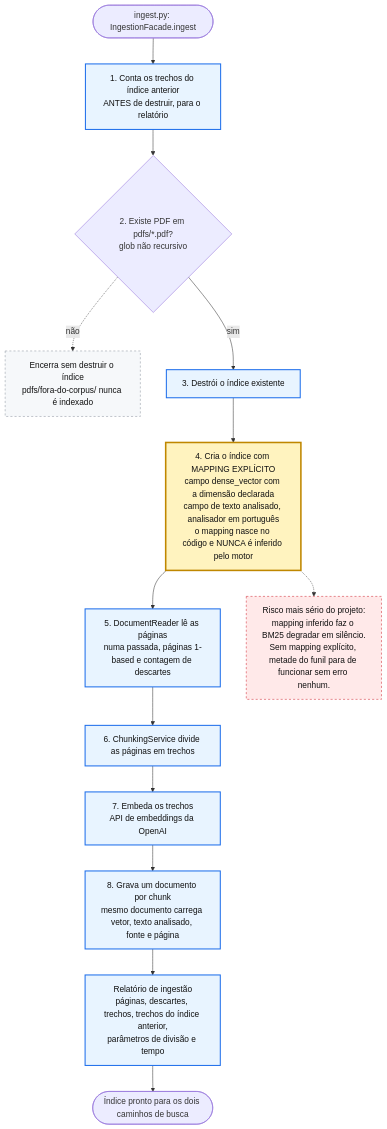
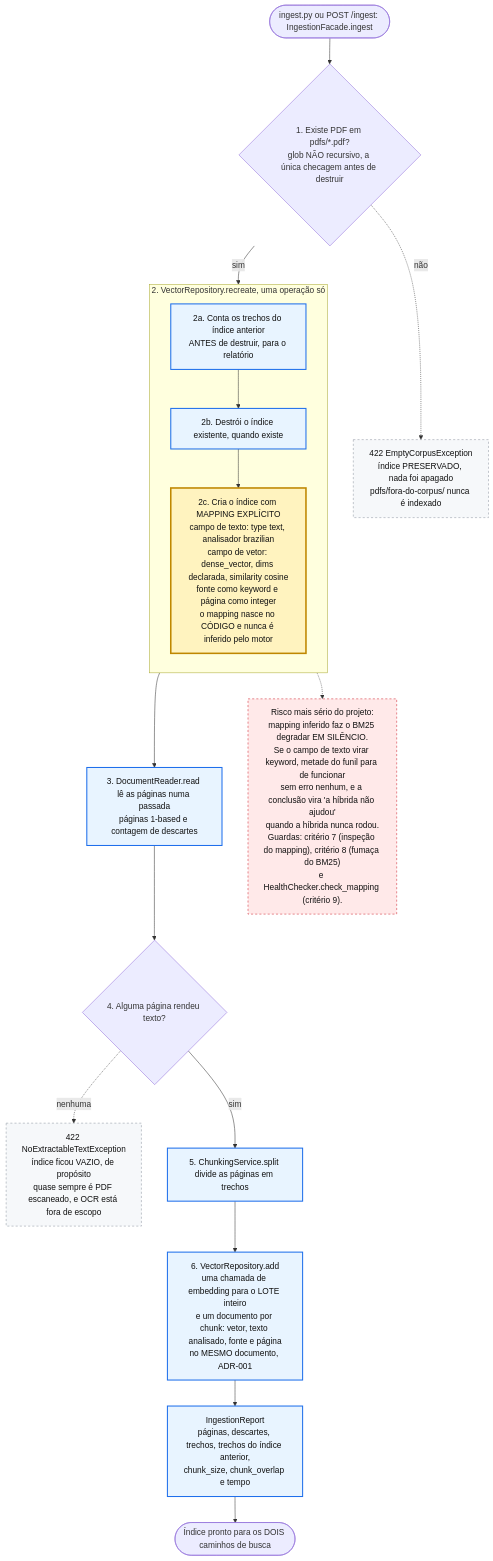
Before and after one commit to Arthur-Diego/projetos-rag: the diagram in rag-03-hybrid-rerank/docs/domains/rag/diagrams/mermaid/ingestao.mmd, drawn with Mermaid. The commit also changed 13 other files, not shown here.

First line of the commit message:
docs(rag-03/diagramas): regenera Mermaid e C4, e corrige um exagero do ADR-007

```diff
--- a/rag-03-hybrid-rerank/docs/domains/rag/diagrams/mermaid/ingestao.mmd
+++ b/rag-03-hybrid-rerank/docs/domains/rag/diagrams/mermaid/ingestao.mmd
@@ -1,46 +1,53 @@
 %% Fluxo de ingestao (FDD secao 4, fluxo de ingestao)
-%% A ordem "conta, checa PDFs, destroi, cria com mapping explicito, le, grava" e fixa e testada:
-%% falha depois da destruicao deixa o indice vazio, cujo sintoma e evidente,
-%% e nunca desatualizado, cujo sintoma nao existe.
+%% Conferido contra rag/facade/ingestion_facade.py e rag/repository/vector_repository.py.
+%% A ordem "checa PDFs, conta o anterior, destroi, cria com mapping explicito, le, divide,
+%% embeda, grava" e fixa e testada: falha depois da destruicao deixa o indice VAZIO, cujo
+%% sintoma e evidente, e nunca desatualizado, cujo sintoma nao existe.
 flowchart TD
-    inicio(["ingest.py: IngestionFacade.ingest"])
+    inicio(["ingest.py ou POST /ingest: IngestionFacade.ingest"])
 
-    conta["1. Conta os trechos do índice anterior<br/>ANTES de destruir, para o relatório"]
-    checaPdfs{"2. Existe PDF em pdfs/*.pdf?<br/>glob não recursivo"}
-    semPdf["Encerra sem destruir o índice<br/>pdfs/fora-do-corpus/ nunca é indexado"]
+    checaPdfs{"1. Existe PDF em pdfs/*.pdf?<br/>glob NÃO recursivo, a única checagem antes de destruir"}
+    semPdf["422 EmptyCorpusException<br/>índice PRESERVADO, nada foi apagado<br/>pdfs/fora-do-corpus/ nunca é indexado"]
 
-    destroi["3. Destrói o índice existente"]
-    cria["4. Cria o índice com MAPPING EXPLÍCITO<br/>campo dense_vector com a dimensão declarada<br/>campo de texto analisado, analisador em português<br/>o mapping nasce no código e NUNCA é inferido pelo motor"]
+    subgraph recriacao["2. VectorRepository.recreate, uma operação só"]
+        direction TB
+        conta["2a. Conta os trechos do índice anterior<br/>ANTES de destruir, para o relatório"]
+        destroi["2b. Destrói o índice existente, quando existe"]
+        cria["2c. Cria o índice com MAPPING EXPLÍCITO<br/>campo de texto: type text, analisador brazilian<br/>campo de vetor: dense_vector, dims declarada, similarity cosine<br/>fonte como keyword e página como integer<br/>o mapping nasce no CÓDIGO e nunca é inferido pelo motor"]
+        conta --> destroi
+        destroi --> cria
+    end
 
-    le["5. DocumentReader lê as páginas<br/>numa passada, páginas 1-based e contagem de descartes"]
-    divide["6. ChunkingService divide as páginas em trechos"]
-    embeda["7. Embeda os trechos<br/>API de embeddings da OpenAI"]
-    grava["8. Grava um documento por chunk<br/>mesmo documento carrega vetor, texto analisado, fonte e página"]
+    le["3. DocumentReader.read lê as páginas numa passada<br/>páginas 1-based e contagem de descartes"]
+    temTexto{"4. Alguma página rendeu texto?"}
+    semTexto["422 NoExtractableTextException<br/>índice ficou VAZIO, de propósito<br/>quase sempre é PDF escaneado, e OCR está fora de escopo"]
 
-    relatorio["Relatório de ingestão<br/>páginas, descartes, trechos, trechos do índice anterior,<br/>parâmetros de divisão e tempo"]
-    fim(["Índice pronto para os dois caminhos de busca"])
+    divide["5. ChunkingService.split divide as páginas em trechos"]
+    grava["6. VectorRepository.add<br/>uma chamada de embedding para o LOTE inteiro<br/>e um documento por chunk: vetor, texto analisado, fonte e página<br/>no MESMO documento, ADR-001"]
 
-    inicio --> conta
-    conta --> checaPdfs
+    relatorio["IngestionReport<br/>páginas, descartes, trechos, trechos do índice anterior,<br/>chunk_size, chunk_overlap e tempo"]
+    fim(["Índice pronto para os DOIS caminhos de busca"])
+
+    inicio --> checaPdfs
     checaPdfs -. "não" .-> semPdf
-    checaPdfs -- "sim" --> destroi
-    destroi --> cria
+    checaPdfs -- "sim" --> conta
     cria --> le
-    le --> divide
-    divide --> embeda
-    embeda --> grava
+    le --> temTexto
+    temTexto -. "nenhuma" .-> semTexto
+    temTexto -- "sim" --> divide
+    divide --> grava
     grava --> relatorio
     relatorio --> fim
 
-    alerta["Risco mais sério do projeto:<br/>mapping inferido faz o BM25 degradar em silêncio.<br/>Sem mapping explícito, metade do funil para de funcionar sem erro nenhum."]
+    alerta["Risco mais sério do projeto:<br/>mapping inferido faz o BM25 degradar EM SILÊNCIO.<br/>Se o campo de texto virar keyword, metade do funil para de funcionar<br/>sem erro nenhum, e a conclusão vira 'a híbrida não ajudou'<br/>quando a híbrida nunca rodou.<br/>Guardas: critério 7 (inspeção do mapping), critério 8 (fumaça do BM25)<br/>e HealthChecker.check_mapping (critério 9)."]
     cria -.-> alerta
 
     classDef critico fill:#fff3bf,stroke:#bf8700,stroke-width:3px,color:#111
     classDef passo fill:#e8f4ff,stroke:#1f6feb,stroke-width:2px,color:#111
     classDef desvio fill:#f6f8fa,stroke:#8b949e,stroke-dasharray: 4 4,color:#111
     classDef nota fill:#ffe9e9,stroke:#cf222e,stroke-dasharray: 4 4,color:#111
 
     class cria critico
-    class conta,destroi,le,divide,embeda,grava,relatorio passo
-    class semPdf desvio
+    class conta,destroi,le,divide,grava,relatorio passo
+    class semPdf,semTexto desvio
     class alerta nota
```
